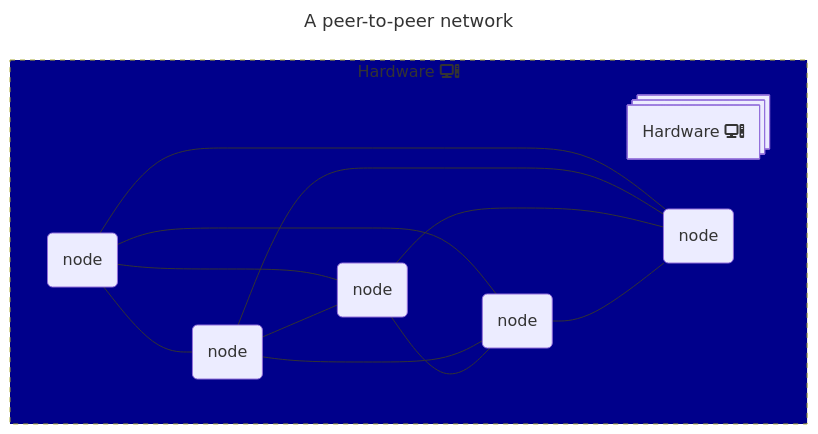
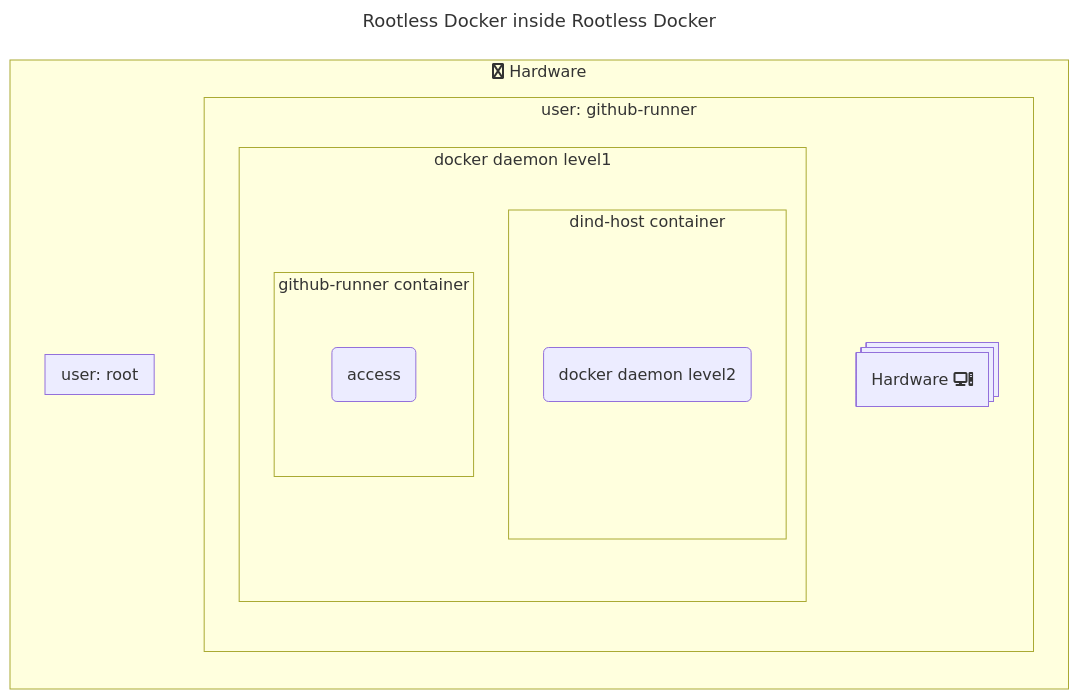
The diagram in README.md (ibp-network/ansible-role-github-runner-ephemeral), drawn with Mermaid before and after one commit. The commit also changed other lines of this file, not shown here.

````diff
--- a/README.md
+++ b/README.md
@@ -21,22 +21,35 @@
 ```mermaid
 ---
-title: A peer-to-peer network
+title: Rootless Docker inside Rootless Docker
 ---
+flowchart TB
 
-flowchart LR
-  subgraph box1 [Hardware fa:fa-computer]
-    direction LR
-    style box1 fill:darkblue,stroke-dasharray: 5 5
-    A@{ shape: st-rect, label: "Hardware fa:fa-computer" }
-    node1(node) --- node2(node)
-    node1 --- node3(node)
-    node1 --- node4(node)
-    node1 --- node5(node)
-    node2 --- node3
-    node2 --- node4
-    node2 --- node5
-    node3 --- node4
-    node3 --- node5
-    node4 --- node5
+  subgraph box1 [fa:fa-twitter Hardware]
+    direction TB
+
+    subgraph box12 ["user: github-runner"]
+      direction TB
+      A@{ shape: st-rect, label: "Nothing to see here" }
+
+      subgraph box121 ["docker daemon level1"]
+        direction TB
+
+        subgraph box1211 ["dind-host container"]
+          direction LR
+            node12111(docker daemon level2)
+        end
+
+        subgraph box1212 ["github-runner container"]
+          direction TB
+            node12112(access)
+        end
+
+      end
+    end
+
+    subgraph box11 [user: root]
+      direction TB
+      A@{ shape: st-rect, label: "Hardware fa:fa-computer" }
+    end
   end
 ```
````
